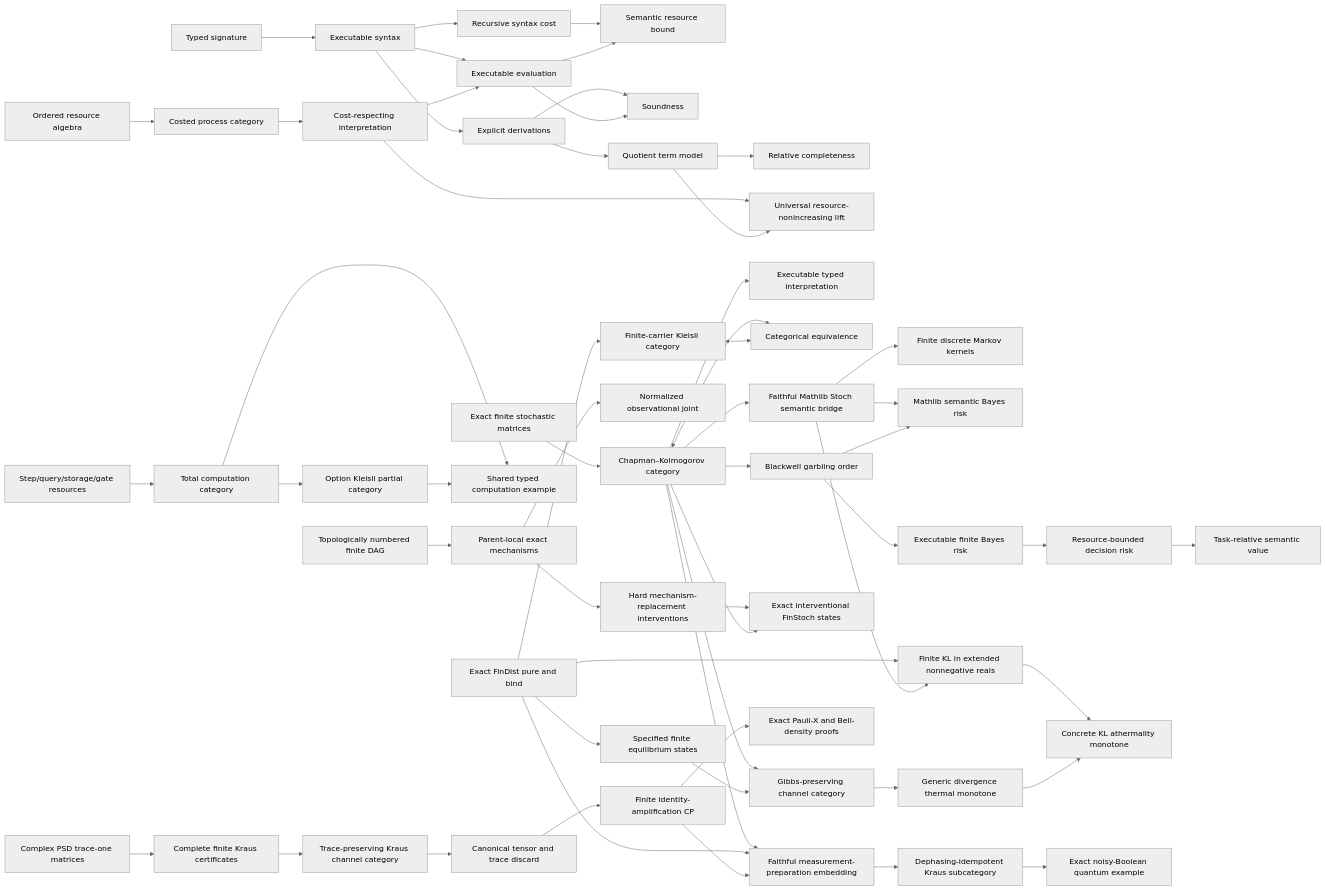
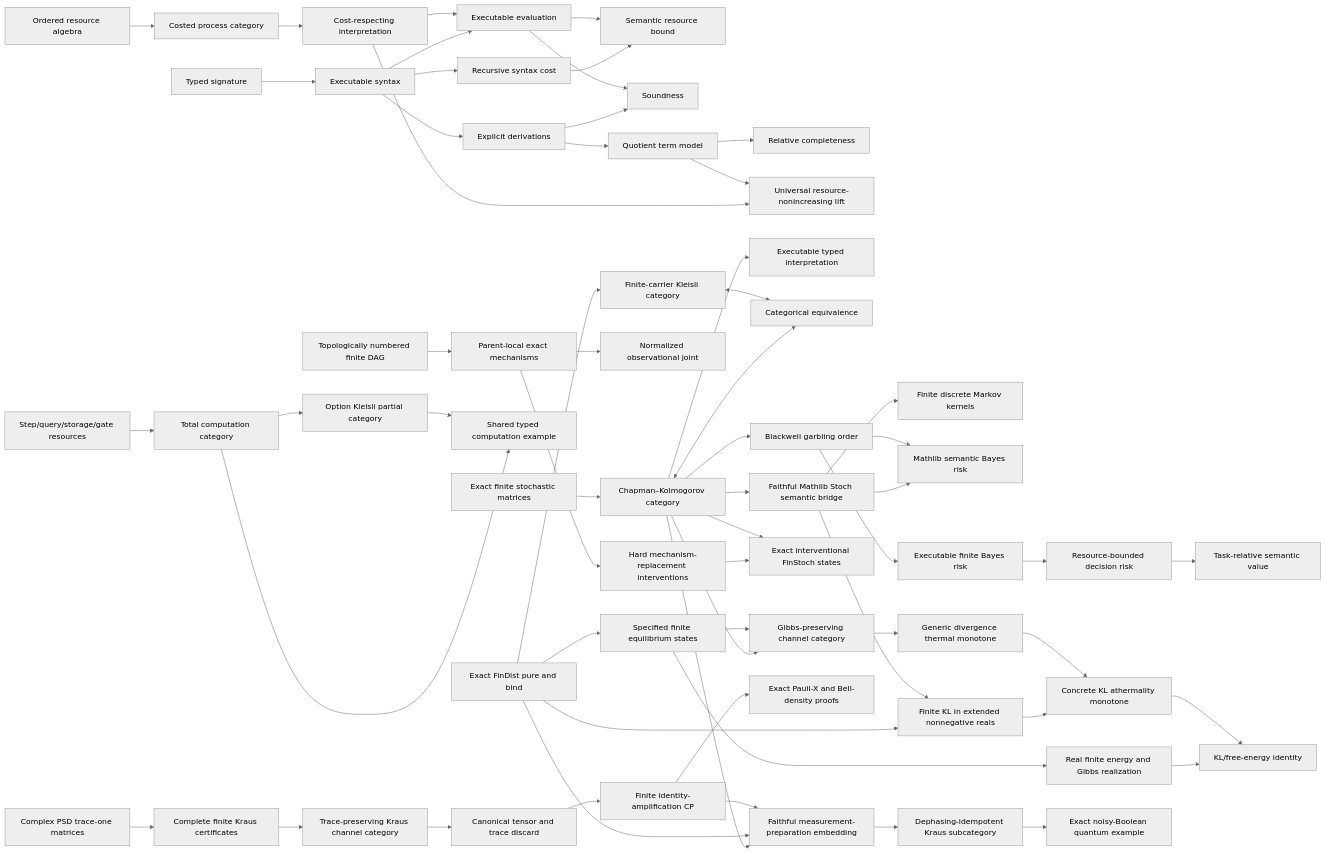
The diagram in README.md (miuchan/ript), drawn with Mermaid (neutral theme) before and after one commit. The commit also changed other lines of this file and 11 other files, not shown here.

Commit message:
Prove finite Gibbs free-energy monotonicity

````diff
--- a/README.md
+++ b/README.md
@@ -986,58 +1018,61 @@
 ```mermaid
 flowchart LR
   R["Ordered resource algebra"] --> C["Costed process category"]
   S["Typed signature"] --> X["Executable syntax"]
   X --> K["Recursive syntax cost"]
   C --> I["Cost-respecting interpretation"]
   X --> E["Executable evaluation"]
   I --> E
   K --> B["Semantic resource bound"]
   E --> B
   X --> D["Explicit derivations"]
   D --> SO["Soundness"]
   E --> SO
   D --> T["Quotient term model"]
   T --> CO["Relative completeness"]
   I --> U["Universal resource-nonincreasing lift"]
   T --> U
   F["Exact finite stochastic matrices"] --> CK["Chapman–Kolmogorov category"]
   CK --> EX["Executable typed interpretation"]
   FD["Exact FinDist pure and bind"] --> KL["Finite-carrier Kleisli category"]
   CK <--> EQ["Categorical equivalence"]
   KL <--> EQ
   CK --> ST["Faithful Mathlib Stoch semantic bridge"]
   ST --> MT["Finite discrete Markov kernels"]
   CK --> BW["Blackwell garbling order"]
   ST --> SB["Mathlib semantic Bayes risk"]
   BW --> FR["Executable finite Bayes risk"]
   FR --> RR["Resource-bounded decision risk"]
   RR --> SV["Task-relative semantic value"]
   BW --> SB
   CR["Step/query/storage/gate resources"] --> TC["Total computation category"]
   TC --> PC["Option Kleisli partial category"]
   TC --> CE["Shared typed computation example"]
   PC --> CE
   DAG["Topologically numbered finite DAG"] --> CM["Parent-local exact mechanisms"]
   CM --> IJ["Normalized observational joint"]
   CM --> DO["Hard mechanism-replacement interventions"]
   DO --> IS["Exact interventional FinStoch states"]
   CK --> IS
   FD --> TE["Specified finite equilibrium states"]
   CK --> GP["Gibbs-preserving channel category"]
   TE --> GP
   GP --> TM["Generic divergence thermal monotone"]
   FD --> FKL["Finite KL in extended nonnegative reals"]
   ST --> FKL
   FKL --> KTM["Concrete KL athermality monotone"]
   TM --> KTM
+  TE --> GD["Real finite energy and Gibbs realization"]
+  GD --> FE["KL/free-energy identity"]
+  KTM --> FE
   QB["Complex PSD trace-one matrices"] --> QK["Complete finite Kraus certificates"]
   QK --> QC["Trace-preserving Kraus channel category"]
   QC --> QT["Canonical tensor and trace discard"]
   QT --> QP["Finite identity-amplification CP"]
   QP --> QX["Exact Pauli-X and Bell-density proofs"]
   CK --> CQ["Faithful measurement-preparation embedding"]
   FD --> CQ
   QP --> CQ
   CQ --> CD["Dephasing-idempotent Kraus subcategory"]
   CD --> CX["Exact noisy-Boolean quantum example"]
 ```
````
